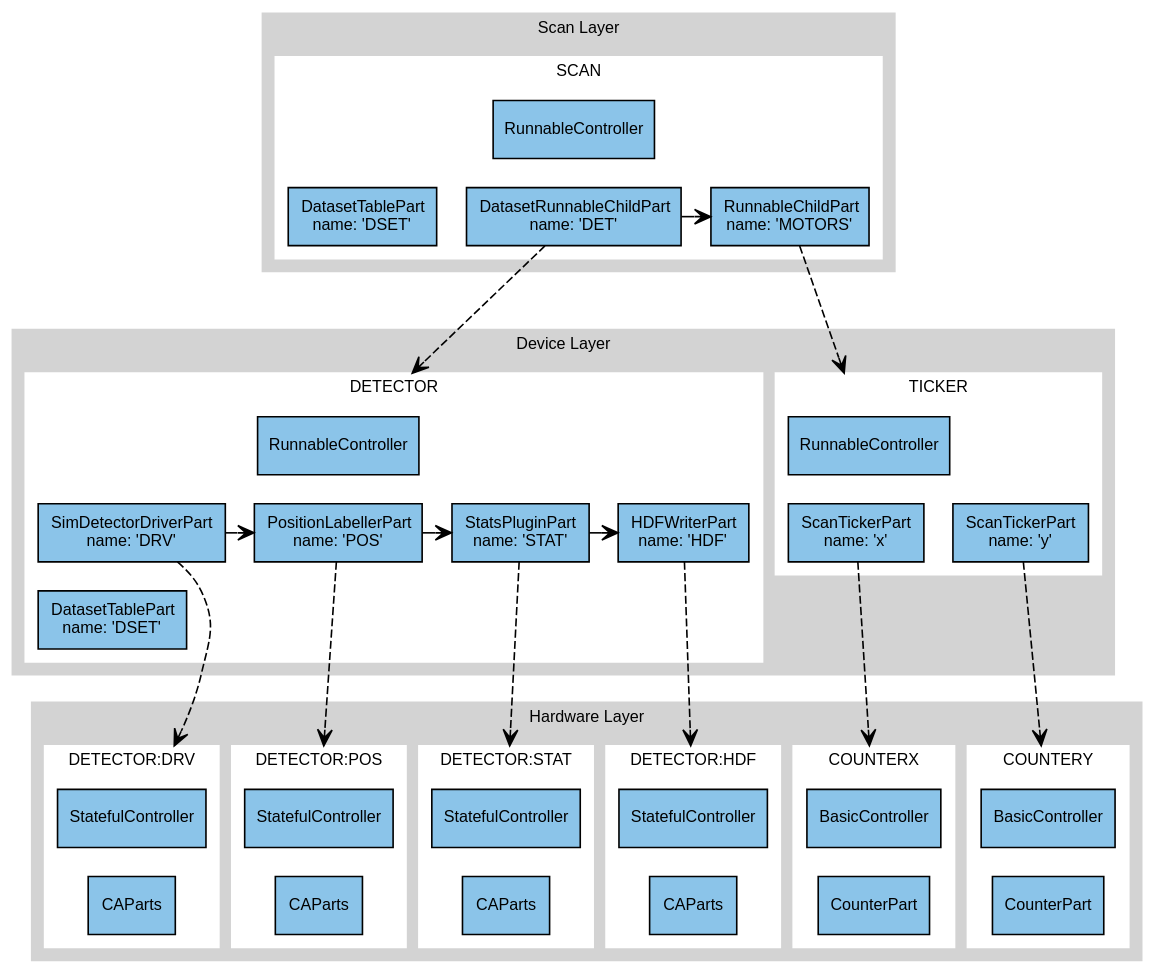
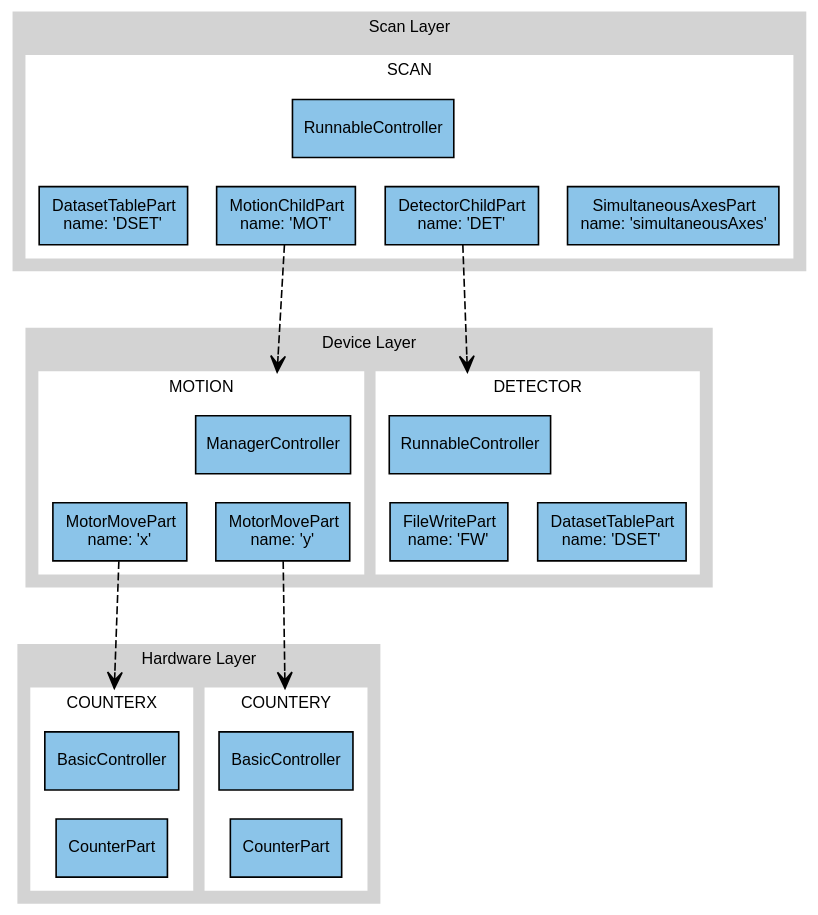
Before and after one commit to DiamondLightSource/pymalcolm: the diagram in docs/tutorials/scanning.rst, drawn with Graphviz. The commit also changed other lines of this file and 12 other files, not shown here.

```diff
--- a/docs/tutorials/scanning.rst
+++ b/docs/tutorials/scanning.rst
@@ -64,14 +60,14 @@
             ranksep=0.1
 		    color=white
             scan_c [label="RunnableController"]
-            DET [label=<DatasetRunnableChildPart<BR/>name: 'DET'>]
-            MOTORS [label=<RunnableChildPart<BR/>name: 'MOTORS'>]
             DSET_s [label=<DatasetTablePart<BR/>name: 'DSET'>]
+            MOT [label=<MotionChildPart<BR/>name: 'MOT'>]
+            DET [label=<DetectorChildPart<BR/>name: 'DET'>]
+            SA [label=<SimultaneousAxesPart<BR/>name: 'simultaneousAxes'>]
+            scan_c -> DSET_s [style=invis]
+            scan_c -> MOT [style=invis]
             scan_c -> DET [style=invis]
-            scan_c -> MOTORS [style=invis]
-            scan_c -> DSET_s [style=invis]
-            DSET_s -> DET [style=invis]
-            {rank=same; DET -> MOTORS DSET_s}
+            scan_c -> SA [style=invis]
         }
     }
 
@@ -85,26 +81,22 @@
             ranksep=0.1
 		    color=white
             detector_c [label="RunnableController"]
-            DRV [label=<SimDetectorDriverPart<BR/>name: 'DRV'>]
-            POS [label=<PositionLabellerPart<BR/>name: 'POS'>]
-            STAT [label=<StatsPluginPart<BR/>name: 'STAT'>]
-            HDF [label=<HDFWriterPart<BR/>name: 'HDF'>]
+            FW [label=<FileWritePart<BR/>name: 'FW'>]
             DSET [label=<DatasetTablePart<BR/>name: 'DSET'>]
-            detector_c -> DRV [style=invis]
-            detector_c -> POS [style=invis]
-            DRV -> DSET [style=invis]
-            {rank=same; DRV -> POS -> STAT -> HDF}
+            detector_c -> FW [style=invis]
+            detector_c -> DSET [style=invis]
+            {rank=max; FW DSET}
         }
 
-        subgraph cluster_ticker {
-            label="TICKER"
+        subgraph cluster_motion {
+            label="MOTION"
             ranksep=0.1
 		    color=white
-            ticker_c [label="RunnableController"]
-            x [label=<ScanTickerPart<BR/>name: 'x'>]
-            y [label=<ScanTickerPart<BR/>name: 'y'>]
-            ticker_c -> x [style=invis]
-            ticker_c -> y [style=invis]
+            motion_c [label="ManagerController"]
+            x [label=<MotorMovePart<BR/>name: 'x'>]
+            y [label=<MotorMovePart<BR/>name: 'y'>]
+            motion_c -> x [style=invis]
+            motion_c -> y [style=invis]
         }
     }
 
@@ -112,38 +104,6 @@
         label="Hardware Layer"
 		style=filled
 		color=lightgrey
-
-        subgraph cluster_drv {
-            label="DETECTOR:DRV"
-            color=white
-            drv_c [label="StatefulController"]
-            drv_p [label="CAParts"]
-            drv_c -> drv_p [style=invis]
-        }
-
-        subgraph cluster_pos {
-            label="DETECTOR:POS"
-            color=white
-            pos_c [label="StatefulController"]
-            pos_p [label="CAParts"]
-            pos_c -> pos_p [style=invis]
-        }
-
-        subgraph cluster_stat {
-            label="DETECTOR:STAT"
-            color=white
-            stat_c [label="StatefulController"]
-            stat_p [label="CAParts"]
-            stat_c -> stat_p [style=invis]
-        }
-
-        subgraph cluster_hdf {
-            label="DETECTOR:HDF"
-            color=white
-            hdf_c [label="StatefulController"]
-            hdf_p [label="CAParts"]
-            hdf_c -> hdf_p [style=invis]
-        }
 
         subgraph cluster_counterx {
             label="COUNTERX"
@@ -162,11 +122,7 @@
         }
     }
 
+    MOT -> motion_c [lhead=cluster_motion minlen=3 style=dashed]
     DET -> detector_c [lhead=cluster_detector minlen=3 style=dashed]
-    MOTORS -> ticker_c [lhead=cluster_ticker minlen=3 style=dashed]
-    DRV -> drv_c [lhead=cluster_drv minlen=3 style=dashed]
-    POS -> pos_c [lhead=cluster_pos minlen=3 style=dashed]
-    STAT -> stat_c [lhead=cluster_stat minlen=3 style=dashed]
-    HDF -> hdf_c [lhead=cluster_hdf minlen=3 style=dashed]
     x -> counterx_c [lhead=cluster_counterx minlen=3 style=dashed]
     y -> countery_c [lhead=cluster_countery minlen=3 style=dashed]
```
